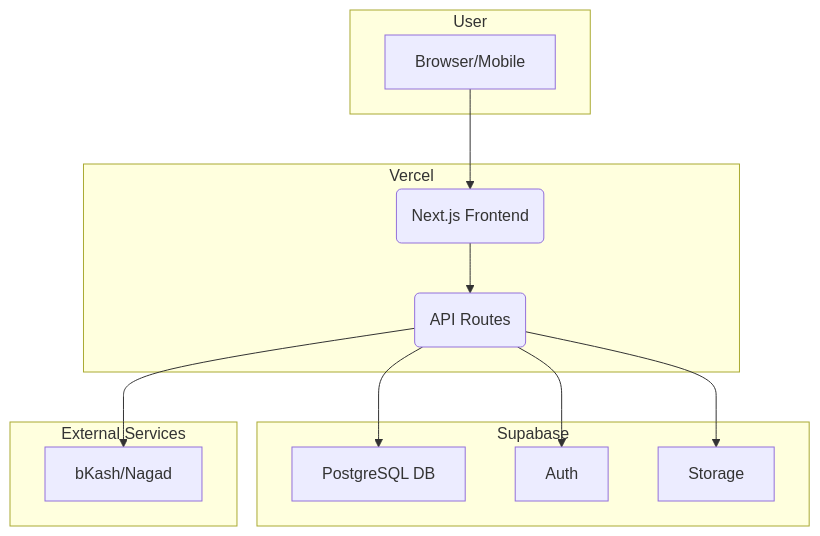
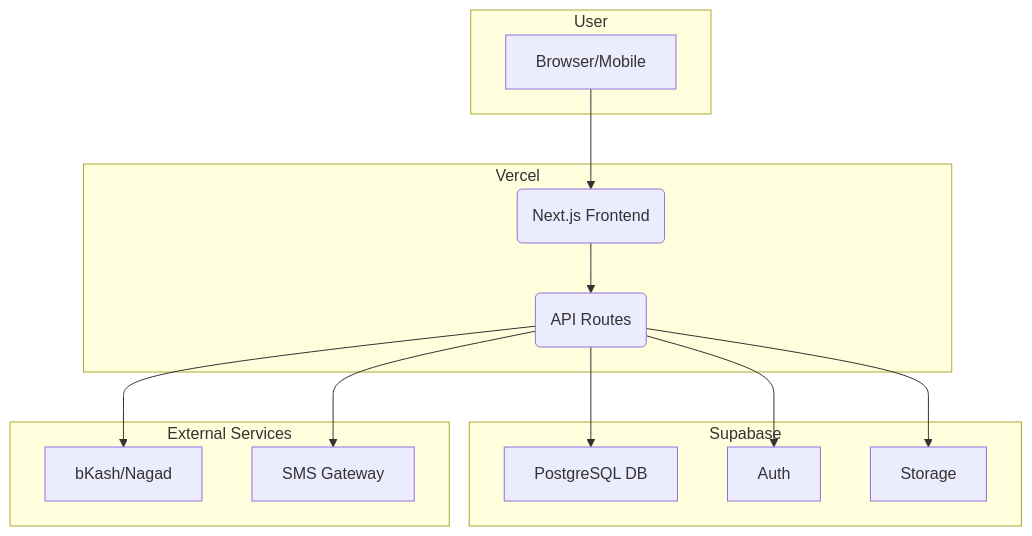
The first of 4 diagrams in docs/architecture.md (nayeem-ahmad/retail-saas), drawn with Mermaid before and after one commit. The commit also changed 3 other files, not shown here.

````diff
--- a/docs/architecture.md
+++ b/docs/architecture.md
@@ -43,28 +43,30 @@
 ```mermaid
 graph TD
     subgraph User
         A[Browser/Mobile]
     end
 
     subgraph Vercel
         B(Next.js Frontend)
         C(API Routes)
     end
 
     subgraph Supabase
         D[PostgreSQL DB]
         E[Auth]
         F[Storage]
     end
 
     subgraph External Services
         G[bKash/Nagad]
+        H[SMS Gateway]
     end
 
     A --> B
     B --> C
     C --> D
     C --> E
     C --> F
     C --> G
+    C --> H
 ```
````
